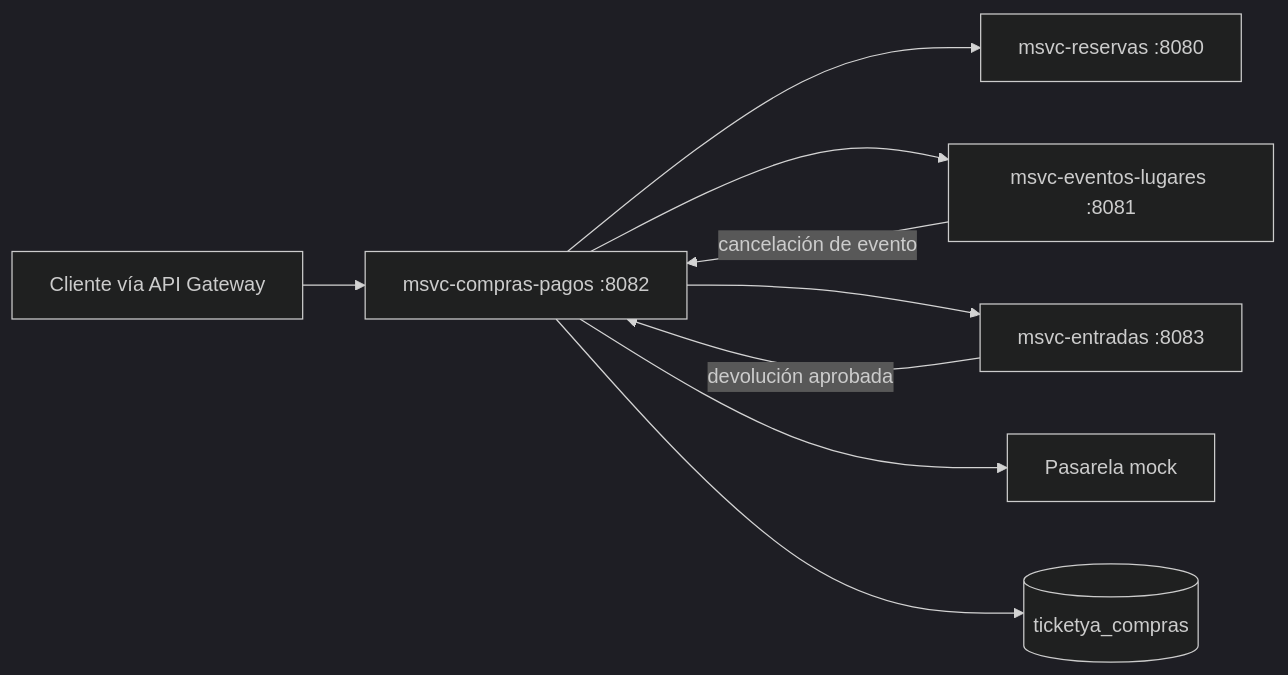
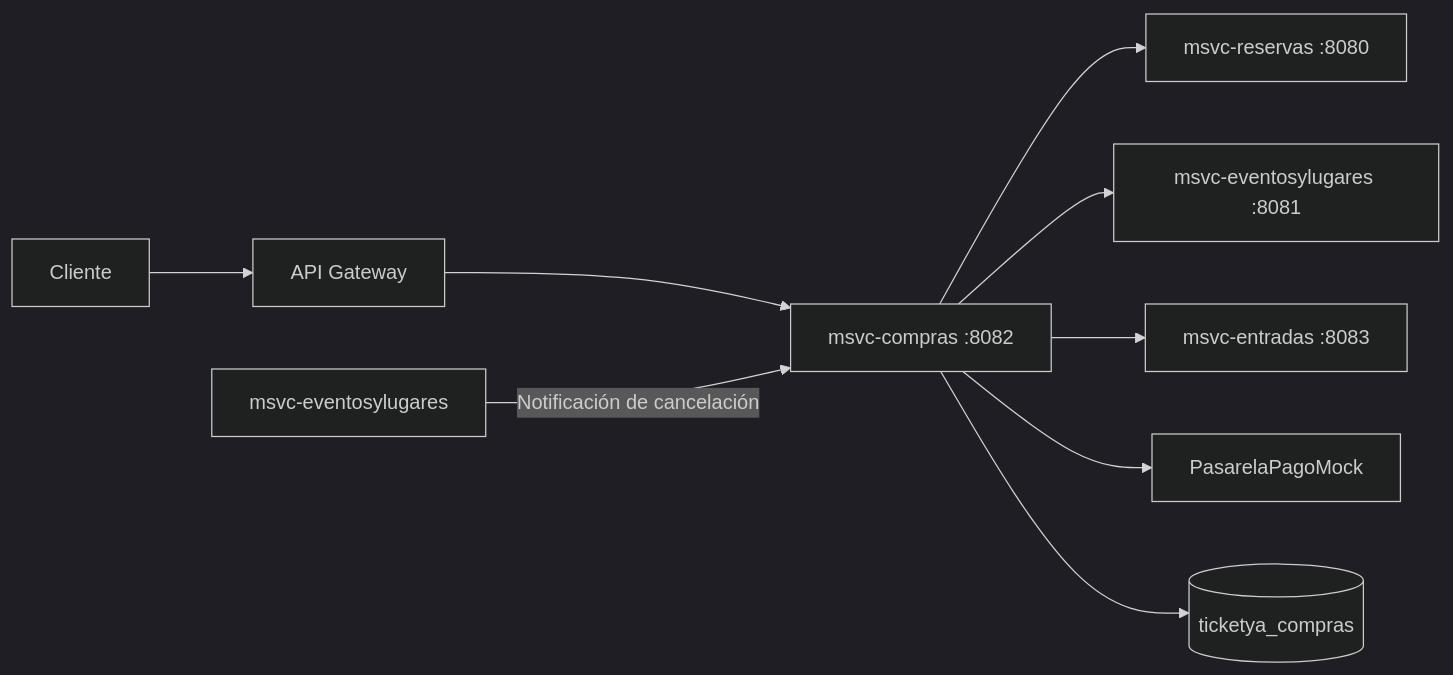
One commit to LuliDiNucci/arquitecturasGrupo12 changed the first of 5 diagrams in TPE-micro1/msvc-compras/docs/02-ARQUITECTURA-Y-FLUJOS.md. Above: the diagram before and after it, drawn with Mermaid (dark theme). The commit also changed other lines of this file and 5 other files, not shown here.

Commit message:
actualizo documentacion de msvc compras

````diff
--- a/TPE-micro1/msvc-compras/docs/02-ARQUITECTURA-Y-FLUJOS.md
+++ b/TPE-micro1/msvc-compras/docs/02-ARQUITECTURA-Y-FLUJOS.md
@@ -11,11 +28,14 @@
 ```mermaid
 flowchart LR
-    Cliente[Cliente vía API Gateway] --> Compra[msvc-compras-pagos :8082]
-    Compra --> R[msvc-reservas :8080]
-    Compra --> E[msvc-eventos-lugares :8081]
-    Compra --> T[msvc-entradas :8083]
-    Compra --> P[Pasarela mock]
-    Compra --> BD[(ticketya_compras)]
-    E -->|cancelación de evento| Compra
-    T -->|devolución aprobada| Compra
+    C[Cliente] --> G[API Gateway]
+    G --> CP[msvc-compras :8082]
+
+    CP --> R[msvc-reservas :8080]
+    CP --> E[msvc-eventosylugares :8081]
+    CP --> T[msvc-entradas :8083]
+    CP --> P[PasarelaPagoMock]
+
+    CP --> DB[(ticketya_compras)]
+
+    EV[msvc-eventosylugares] -->|Notificación de cancelación| CP
 ```
````
